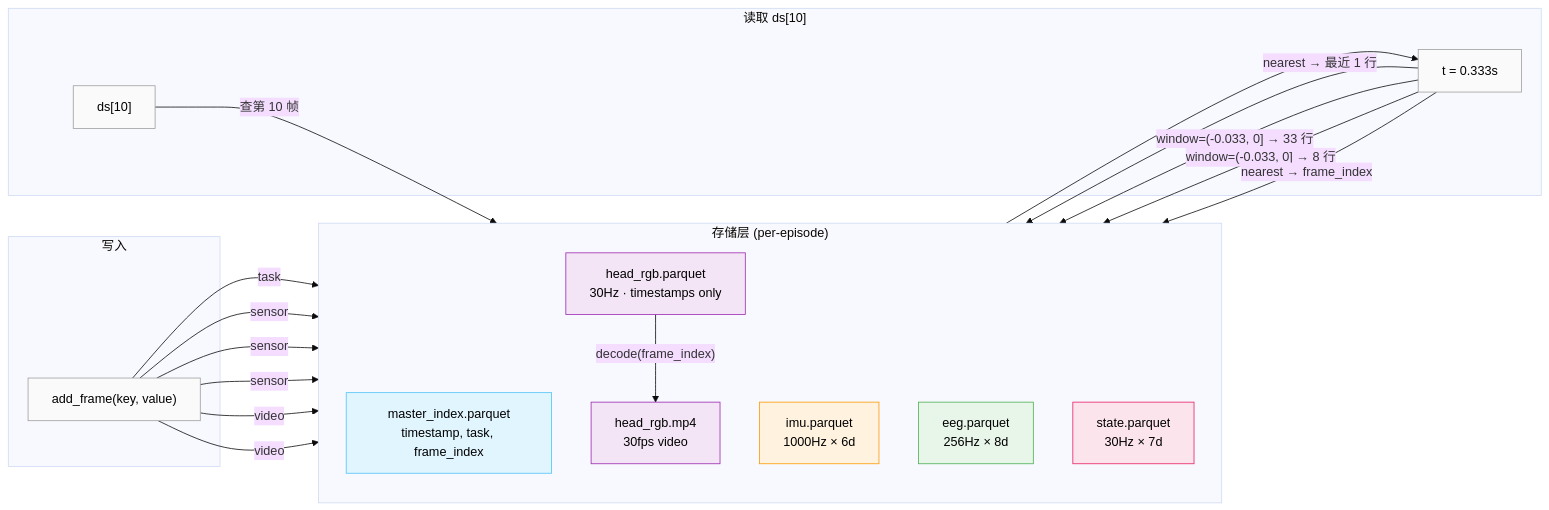
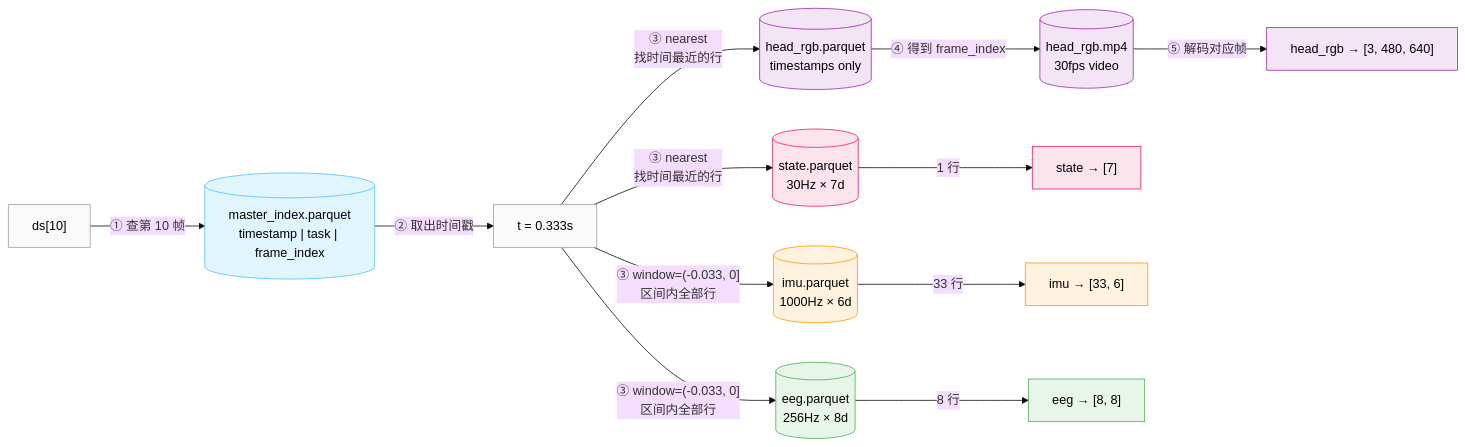
One commit to Koorye/Multi-Frequency-LeRobot changed the second of 6 diagrams in README.md. Above: the diagram before and after it, drawn with Mermaid (base theme). The commit also changed other lines of this file, not shown here.

````diff
--- a/README.md
+++ b/README.md
@@ -51,38 +97,27 @@
 ```mermaid
 flowchart LR
-    subgraph Storage["存储层 (per-episode)"]
-        direction TB
-        MI["master_index.parquet<br/>timestamp, task, frame_index"]
-        P1["imu.parquet<br/>1000Hz × 6d"]
-        P2["eeg.parquet<br/>256Hz × 8d"]
-        P3["state.parquet<br/>30Hz × 7d"]
-        C1["head_rgb.parquet<br/>30Hz · timestamps only"]
-        V1["head_rgb.mp4<br/>30fps video"]
-    end
+    IDX["ds[10]"] -->|"① 查第 10 帧"| MI[("master_index.parquet<br/>timestamp | task | frame_index")]
+    MI -->|"② 取出时间戳"| TS["t = 0.333s"]
+    TS -->|"③ nearest<br/>找时间最近的行"| P3[("state.parquet<br/>30Hz × 7d")]
+    TS -->|"③ window=(-0.033, 0]<br/>区间内全部行"| P1[("imu.parquet<br/>1000Hz × 6d")]
+    TS -->|"③ window=(-0.033, 0]<br/>区间内全部行"| P2[("eeg.parquet<br/>256Hz × 8d")]
+    TS -->|"③ nearest<br/>找时间最近的行"| C1[("head_rgb.parquet<br/>timestamps only")]
+    C1 -->|"④ 得到 frame_index"| V1[("head_rgb.mp4<br/>30fps video")]
+    P3 -->|"1 行"| RS["state → [7]"]
+    P1 -->|"33 行"| RI["imu → [33, 6]"]
+    P2 -->|"8 行"| RE["eeg → [8, 8]"]
+    V1 -->|"⑤ 解码对应帧"| RV["head_rgb → [3, 480, 640]"]
 
-    subgraph Write["写入"]
-        AF["add_frame(key, value)"] -->|task| MI
-        AF -->|sensor| P1 & P2 & P3
-        AF -->|video| C1 & V1
-    end
-
-    subgraph Read["读取 ds[10]"]
-        IDX["ds[10]"] -->|"查第 10 帧"| MI
-        MI --> TS["t = 0.333s"]
-        TS -->|"nearest → 最近 1 行"| P3
-        TS -->|"window=(-0.033, 0] → 33 行"| P1
-        TS -->|"window=(-0.033, 0] → 8 行"| P2
-        TS -->|"nearest → frame_index"| C1
-        C1 -->|"decode(frame_index)"| V1
-    end
-
+    style IDX fill:#fafafa,stroke:#9e9e9e,color:#000
     style MI fill:#e1f5fe,stroke:#4fc3f7,color:#000
+    style TS fill:#fafafa,stroke:#9e9e9e,color:#000
+    style P3 fill:#fce4ec,stroke:#e91e63,color:#000
     style P1 fill:#fff3e0,stroke:#ff9800,color:#000
     style P2 fill:#e8f5e9,stroke:#4caf50,color:#000
-    style P3 fill:#fce4ec,stroke:#e91e63,color:#000
     style C1 fill:#f3e5f5,stroke:#9c27b0,color:#000
     style V1 fill:#f3e5f5,stroke:#9c27b0,color:#000
-    style AF fill:#fafafa,stroke:#9e9e9e,color:#000
-    style IDX fill:#fafafa,stroke:#9e9e9e,color:#000
-    style TS fill:#fafafa,stroke:#9e9e9e,color:#000
+    style RS fill:#fce4ec,stroke:#e91e63,color:#000
+    style RI fill:#fff3e0,stroke:#ff9800,color:#000
+    style RE fill:#e8f5e9,stroke:#4caf50,color:#000
+    style RV fill:#f3e5f5,stroke:#9c27b0,color:#000
 ```
````
